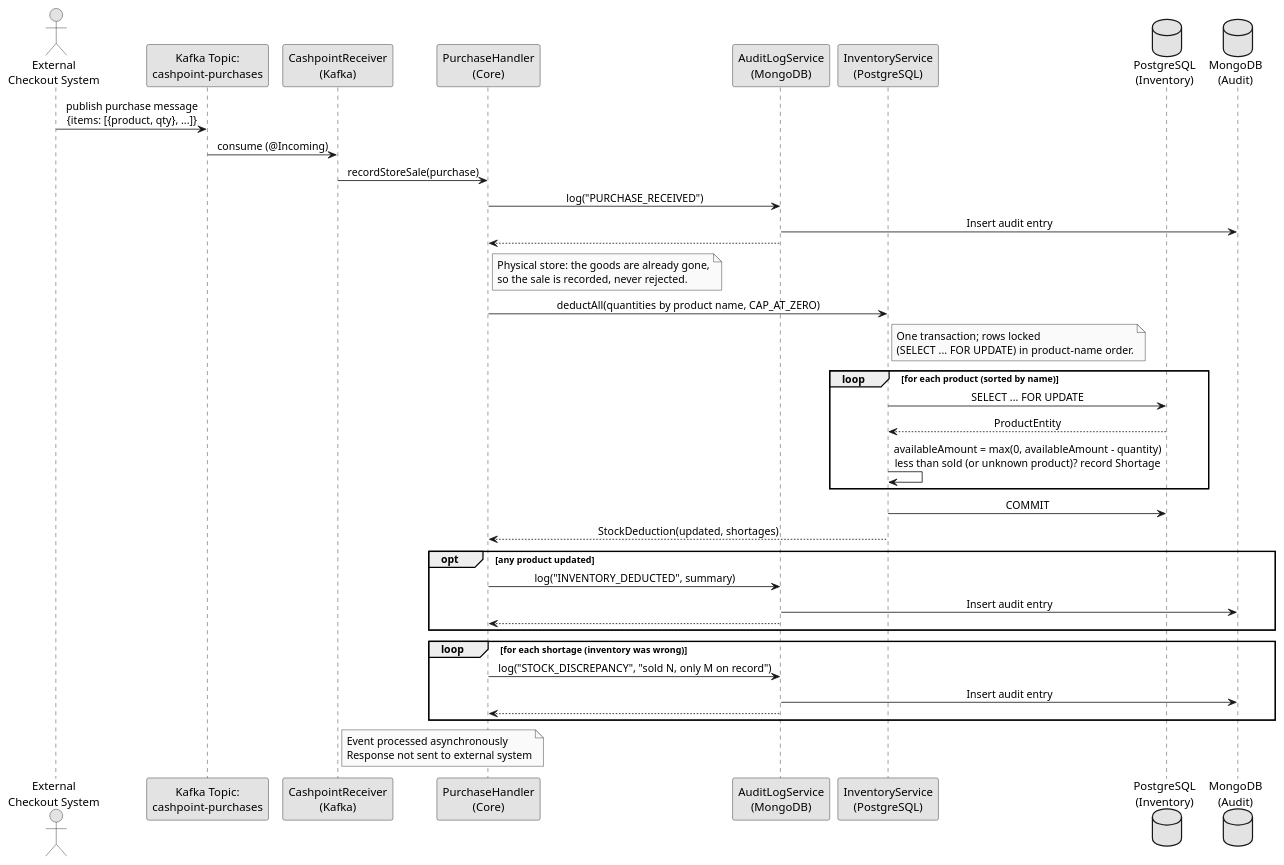
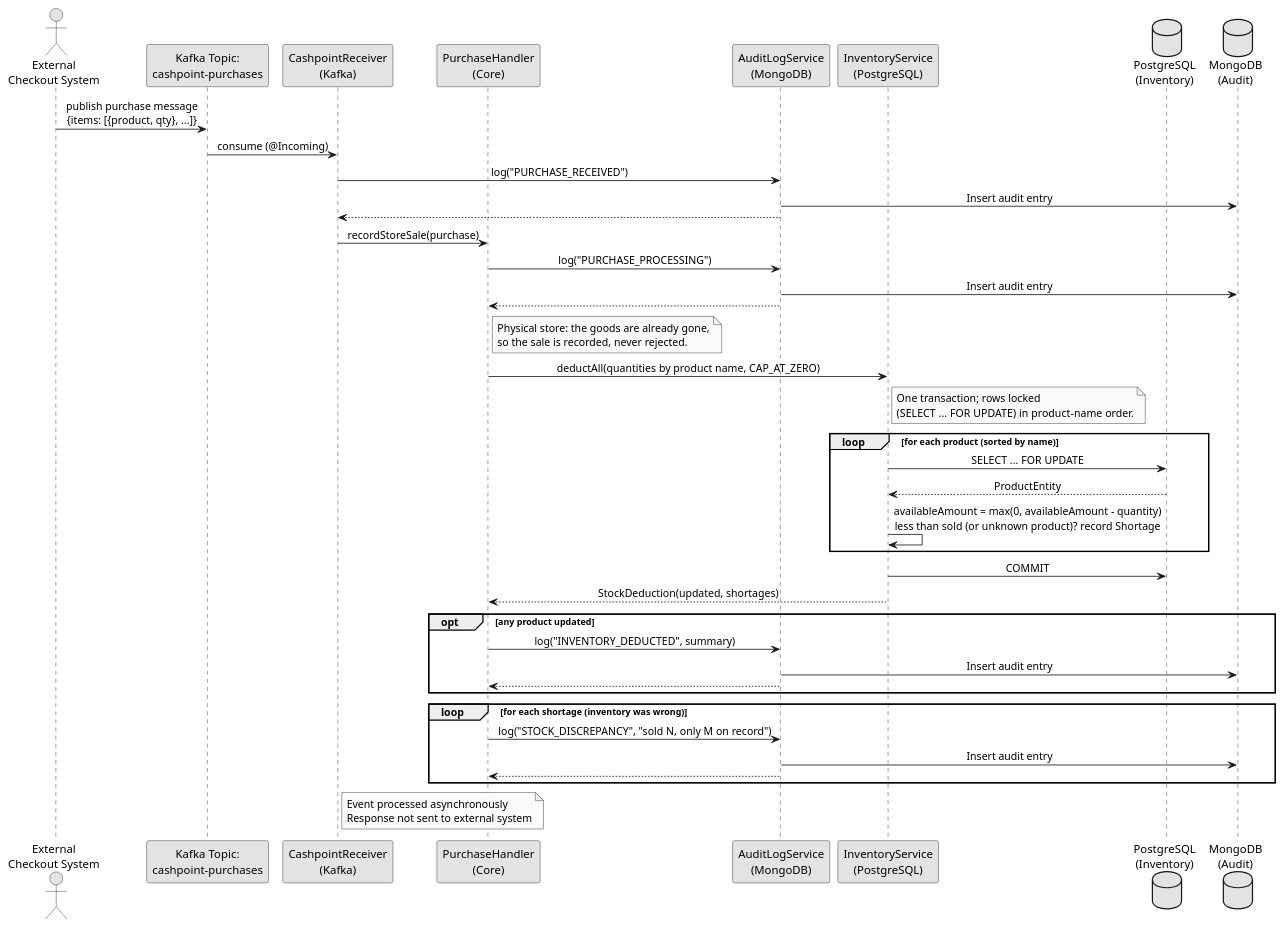
The diagram in docs/architecture/flows/cashpoint-purchase-event.puml (svene/2026-07-26_quarkus-hexagon-demo-mm-per-tech), drawn with PlantUML before and after one commit. The commit also changed 11 other files, not shown here.

```diff
--- a/docs/architecture/flows/cashpoint-purchase-event.puml
+++ b/docs/architecture/flows/cashpoint-purchase-event.puml
@@ -1,56 +1,59 @@
 @startuml cashpoint_purchase_event
 skinparam monochrome true
 skinparam sequenceMessageAlign center
 skinparam backgroundColor #ffffff
 
 actor "External\nCheckout System" as external
 participant "Kafka Topic:\ncashpoint-purchases" as kafka
 participant "CashpointReceiver\n(Kafka)" as receiver
 participant "PurchaseHandler\n(Core)" as handler
 participant "AuditLogService\n(MongoDB)" as audit
 participant "InventoryService\n(PostgreSQL)" as inventory
 database "PostgreSQL\n(Inventory)" as db_inv
 database "MongoDB\n(Audit)" as db_audit
 
 external -> kafka: publish purchase message\n{items: [{product, qty}, ...]}
 
 kafka -> receiver: consume (@Incoming)
+receiver -> audit: log("PURCHASE_RECEIVED")
+audit -> db_audit: Insert audit entry
+audit --> receiver
 receiver -> handler: recordStoreSale(purchase)
-handler -> audit: log("PURCHASE_RECEIVED")
+handler -> audit: log("PURCHASE_PROCESSING")
 audit -> db_audit: Insert audit entry
 audit --> handler
 
 note right of handler
   Physical store: the goods are already gone,
   so the sale is recorded, never rejected.
 end note
 handler -> inventory: deductAll(quantities by product name, CAP_AT_ZERO)
 note right of inventory
   One transaction; rows locked
   (SELECT ... FOR UPDATE) in product-name order.
 end note
 loop for each product (sorted by name)
   inventory -> db_inv: SELECT ... FOR UPDATE
   db_inv --> inventory: ProductEntity
   inventory -> inventory: availableAmount = max(0, availableAmount - quantity)\nless than sold (or unknown product)? record Shortage
 end
 inventory -> db_inv: COMMIT
 inventory --> handler: StockDeduction(updated, shortages)
 
 opt any product updated
   handler -> audit: log("INVENTORY_DEDUCTED", summary)
   audit -> db_audit: Insert audit entry
   audit --> handler
 end
 loop for each shortage (inventory was wrong)
   handler -> audit: log("STOCK_DISCREPANCY", "sold N, only M on record")
   audit -> db_audit: Insert audit entry
   audit --> handler
 end
 
 note right of receiver
   Event processed asynchronously
   Response not sent to external system
 end note
 
 @enduml
```
